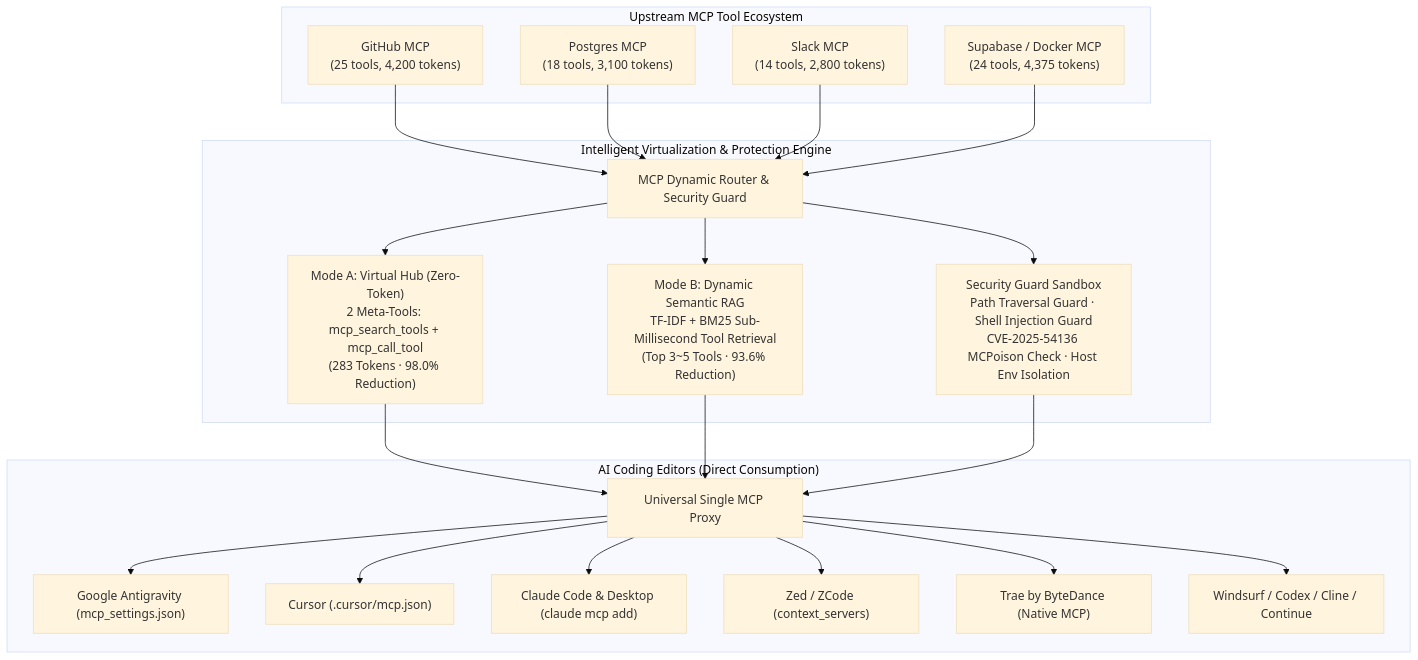
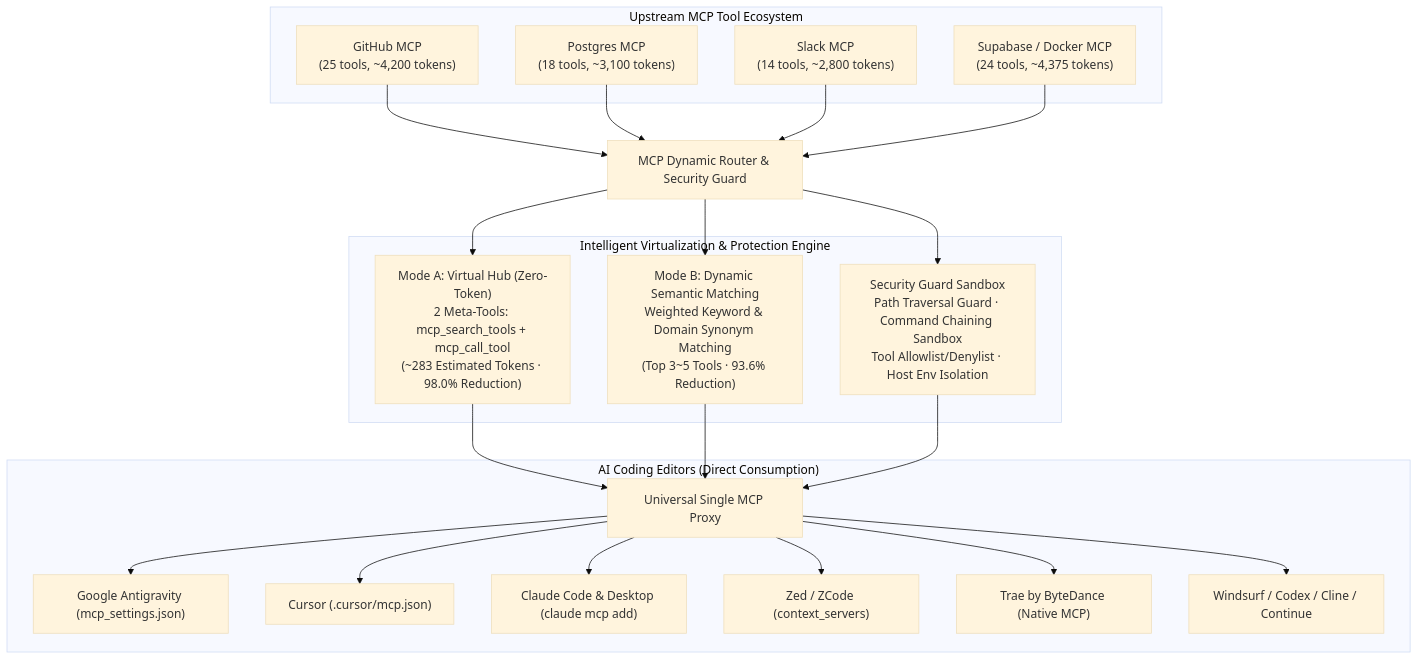
One commit to leethoneid/mcp-dynamic-router changed the diagram in README.md. Above: the diagram before and after it, drawn with Mermaid (base theme). The commit also changed other lines of this file and 36 other files, not shown here.

Commit message:
fix(security): resolve environment isolation, harden gateway auth, and align docs with audit brief

````diff
--- a/README.md
+++ b/README.md
@@ -17,28 +17,29 @@
 ```mermaid
 flowchart TD
     subgraph "Upstream MCP Tool Ecosystem"
-        S1["GitHub MCP<br/>(25 tools, 4,200 tokens)"]
-        S2["Postgres MCP<br/>(18 tools, 3,100 tokens)"]
-        S3["Slack MCP<br/>(14 tools, 2,800 tokens)"]
-        S4["Supabase / Docker MCP<br/>(24 tools, 4,375 tokens)"]
+        S1["GitHub MCP<br/>(25 tools, ~4,200 tokens)"]
+        S2["Postgres MCP<br/>(18 tools, ~3,100 tokens)"]
+        S3["Slack MCP<br/>(14 tools, ~2,800 tokens)"]
+        S4["Supabase / Docker MCP<br/>(24 tools, ~4,375 tokens)"]
     end
 
     S1 & S2 & S3 & S4 --> R["MCP Dynamic Router & Security Guard"]
 
     subgraph "Intelligent Virtualization & Protection Engine"
-        R --> V1["Mode A: Virtual Hub (Zero-Token)<br/>2 Meta-Tools: mcp_search_tools + mcp_call_tool<br/>(283 Tokens · 98.0% Reduction)"]
-        R --> V2["Mode B: Dynamic Semantic RAG<br/>TF-IDF + BM25 Sub-Millisecond Tool Retrieval<br/>(Top 3~5 Tools · 93.6% Reduction)"]
-        R --> V3["Security Guard Sandbox<br/>Path Traversal Guard · Shell Injection Guard<br/>CVE-2025-54136 MCPoison Check · Host Env Isolation"]
+        V1["Mode A: Virtual Hub (Zero-Token)<br/>2 Meta-Tools: mcp_search_tools + mcp_call_tool<br/>(~283 Estimated Tokens · 98.0% Reduction)"]
+        V2["Mode B: Dynamic Semantic Matching<br/>Weighted Keyword & Domain Synonym Matching<br/>(Top 3~5 Tools · 93.6% Reduction)"]
+        V3["Security Guard Sandbox<br/>Path Traversal Guard · Command Chaining Sandbox<br/>Tool Allowlist/Denylist · Host Env Isolation"]
     end
 
+    R --> V1 & V2 & V3
     V1 & V2 & V3 --> E["Universal Single MCP Proxy"]
 
     subgraph "AI Coding Editors (Direct Consumption)"
         E --> D1["Google Antigravity (mcp_settings.json)"]
         E --> D2["Cursor (.cursor/mcp.json)"]
         E --> D3["Claude Code & Desktop (claude mcp add)"]
         E --> D4["Zed / ZCode (context_servers)"]
         E --> D5["Trae by ByteDance (Native MCP)"]
         E --> D6["Windsurf / Codex / Cline / Continue"]
     end
 ```
````
